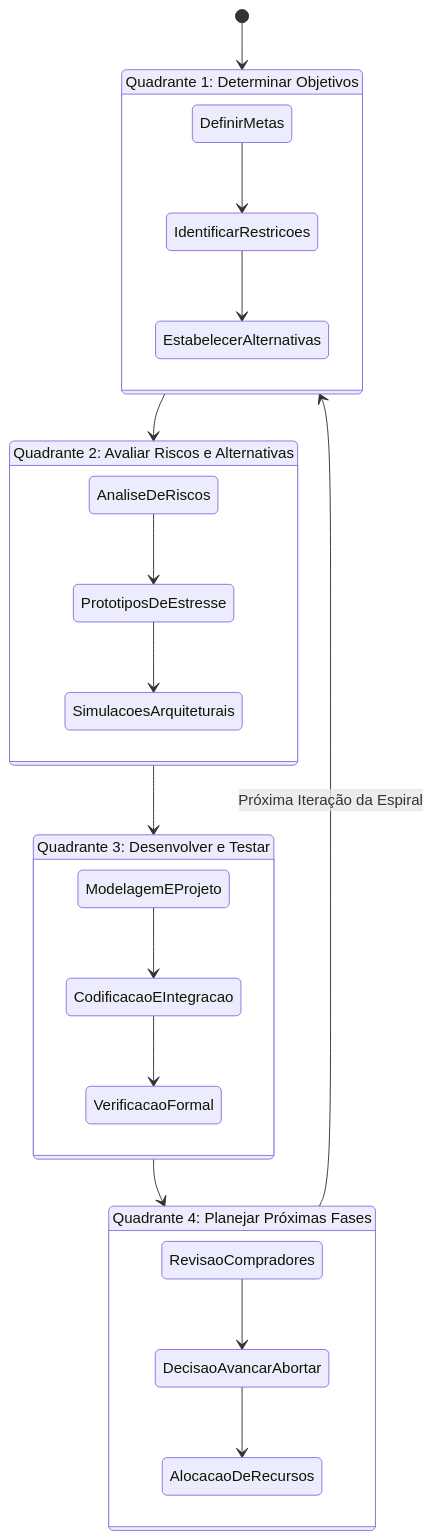
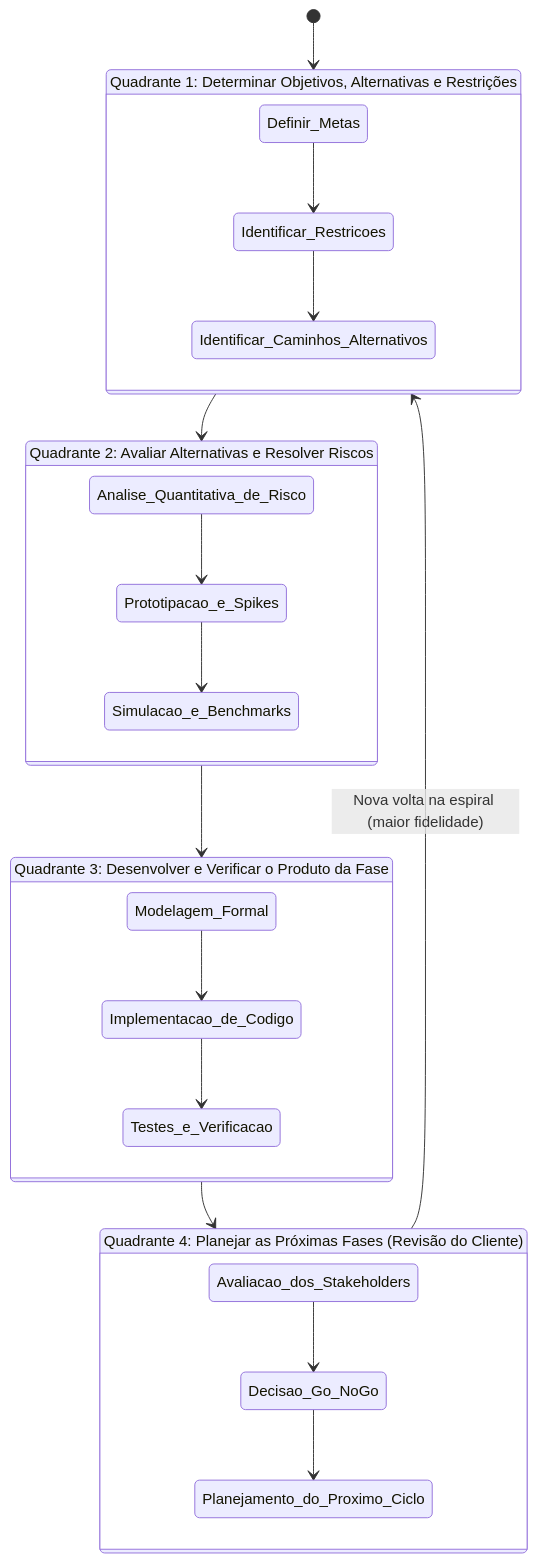
Before and after one commit to murilolol/unifef: diagram 11 of 35 in 3º Semestre/[Prof. Marcelo Boer] Engenharia de Software I/Resumos-IA/Simulados-Comentados.md, drawn with Mermaid. The commit also changed other lines of this file and 40 other files, not shown here.

````diff
--- a/3º Semestre/[Prof. Marcelo Boer] Engenharia de Software I/Resumos-IA/Simulados-Comentados.md
+++ b/3º Semestre/[Prof. Marcelo Boer] Engenharia de Software I/Resumos-IA/Simulados-Comentados.md
@@ -304,29 +370,25 @@
 ```mermaid
 stateDiagram-v2
-    [*] --> Q1_Objetivos
-    
-    state "Quadrante 1: Determinar Objetivos" as Q1_Objetivos {
-        DefinirMetas --> IdentificarRestricoes
-        IdentificarRestricoes --> EstabelecerAlternativas
+    [*] --> Q1
+    state "Quadrante 1: Determinar Objetivos, Alternativas e Restrições" as Q1 {
+        Definir_Metas --> Identificar_Restricoes
+        Identificar_Restricoes --> Identificar_Caminhos_Alternativos
+    }
+    state "Quadrante 2: Avaliar Alternativas e Resolver Riscos" as Q2 {
+        Analise_Quantitativa_de_Risco --> Prototipacao_e_Spikes
+        Prototipacao_e_Spikes --> Simulacao_e_Benchmarks
+    }
+    state "Quadrante 3: Desenvolver e Verificar o Produto da Fase" as Q3 {
+        Modelagem_Formal --> Implementacao_de_Codigo
+        Implementacao_de_Codigo --> Testes_e_Verificacao
+    }
+    state "Quadrante 4: Planejar as Próximas Fases (Revisão do Cliente)" as Q4 {
+        Avaliacao_dos_Stakeholders --> Decisao_Go_NoGo
+        Decisao_Go_NoGo --> Planejamento_do_Proximo_Ciclo
     }
 
-    state "Quadrante 2: Avaliar Riscos e Alternativas" as Q2_Riscos {
-        AnaliseDeRiscos --> PrototiposDeEstresse
-        PrototiposDeEstresse --> SimulacoesArquiteturais
-    }
-
-    state "Quadrante 3: Desenvolver e Testar" as Q3_Dev {
-        ModelagemEProjeto --> CodificacaoEIntegracao
-        CodificacaoEIntegracao --> VerificacaoFormal
-    }
-
-    state "Quadrante 4: Planejar Próximas Fases" as Q4_Plan {
-        RevisaoCompradores --> DecisaoAvancarAbortar
-        DecisaoAvancarAbortar --> AlocacaoDeRecursos
-    }
-
-    Q1_Objetivos --> Q2_Riscos
-    Q2_Riscos --> Q3_Dev
-    Q3_Dev --> Q4_Plan
-    Q4_Plan --> Q1_Objetivos: Próxima Iteração da Espiral
+    Q1 --> Q2
+    Q2 --> Q3
+    Q3 --> Q4
+    Q4 --> Q1 : Nova volta na espiral (maior fidelidade)
 ```
````
